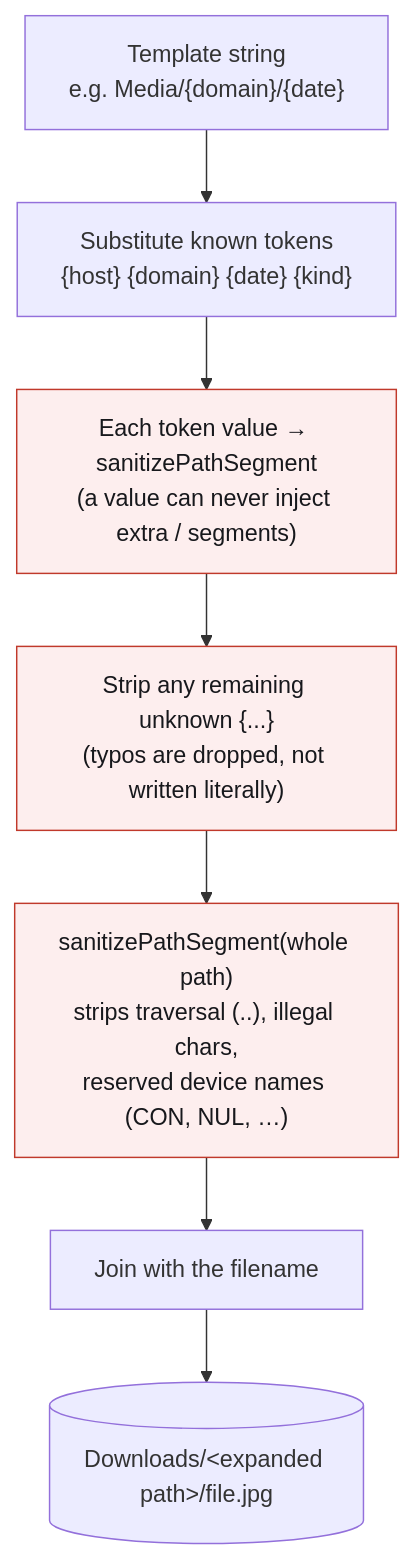
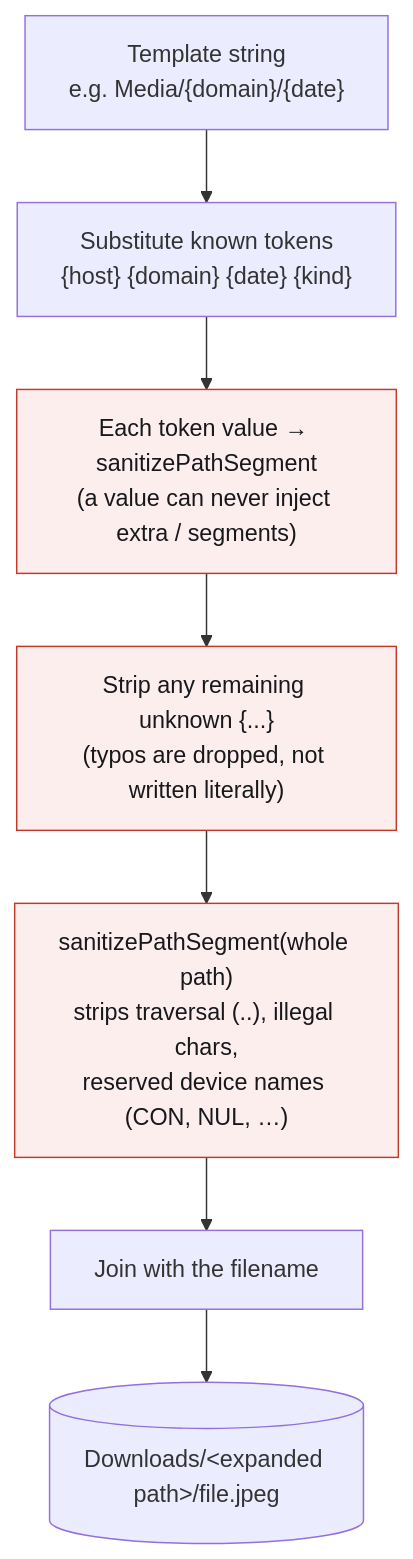
Before and after one commit to mralaminahamed/media-bulk-downloads: the diagram in docs/guides/download-paths.md, drawn with Mermaid. The commit also changed other lines of this file and 1 other file, not shown here.

First line of the commit message:
docs: update jpeg extension to .jpeg in download guides

````diff
--- a/docs/guides/download-paths.md
+++ b/docs/guides/download-paths.md
@@ -47,12 +47,12 @@
 ```mermaid
 flowchart TD
   T["Template string<br/>e.g. Media/{domain}/{date}"] --> S["Substitute known tokens<br/>{host} {domain} {date} {kind}"]
   S --> V["Each token value → sanitizePathSegment<br/>(a value can never inject extra / segments)"]
   V --> U["Strip any remaining unknown {...}<br/>(typos are dropped, not written literally)"]
   U --> P["sanitizePathSegment(whole path)<br/>strips traversal (..), illegal chars,<br/>reserved device names (CON, NUL, …)"]
   P --> J["Join with the filename"]
-  J --> D[("Downloads/&lt;expanded path&gt;/file.jpg")]
+  J --> D[("Downloads/&lt;expanded path&gt;/file.jpeg")]
 
   classDef guard fill:#fdeeee,stroke:#c0392b,color:#17181c;
   class V,U,P guard;
 ```
````
